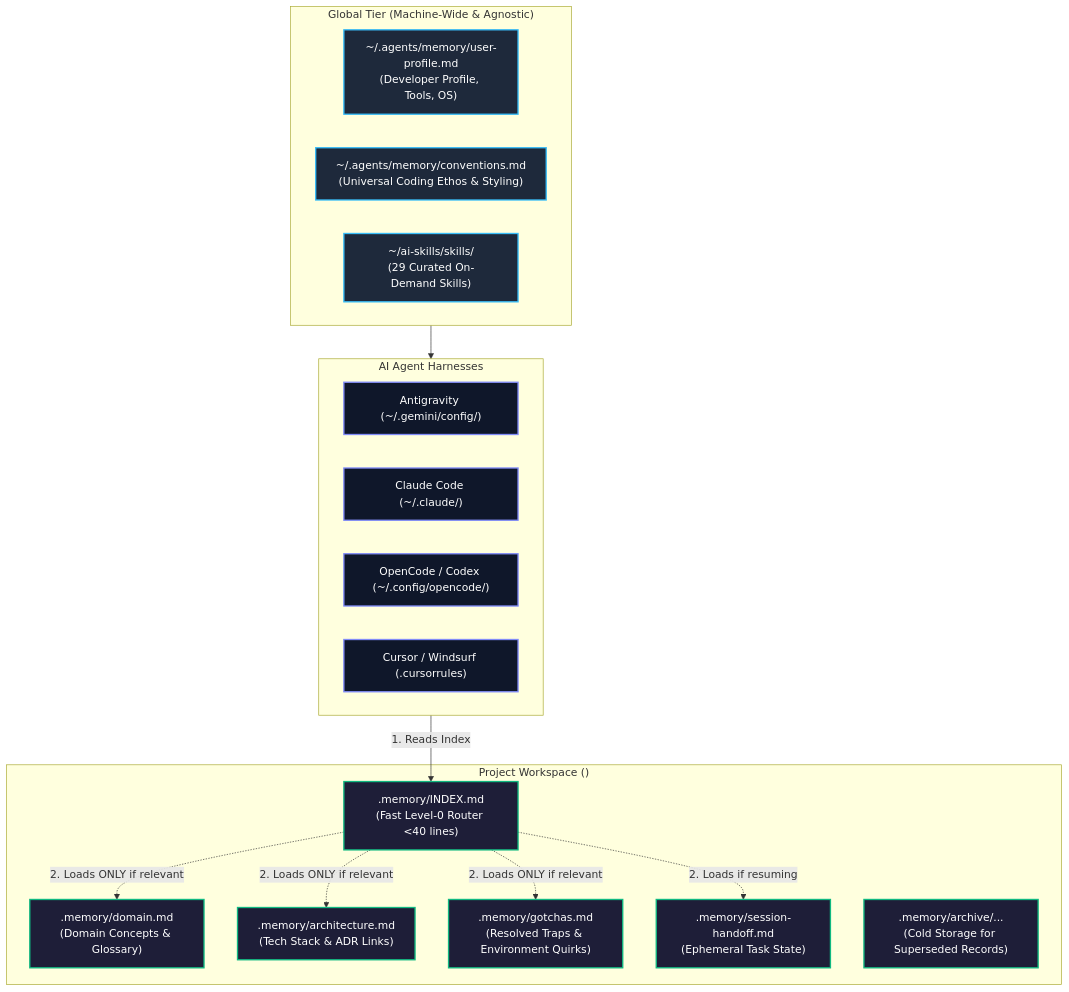
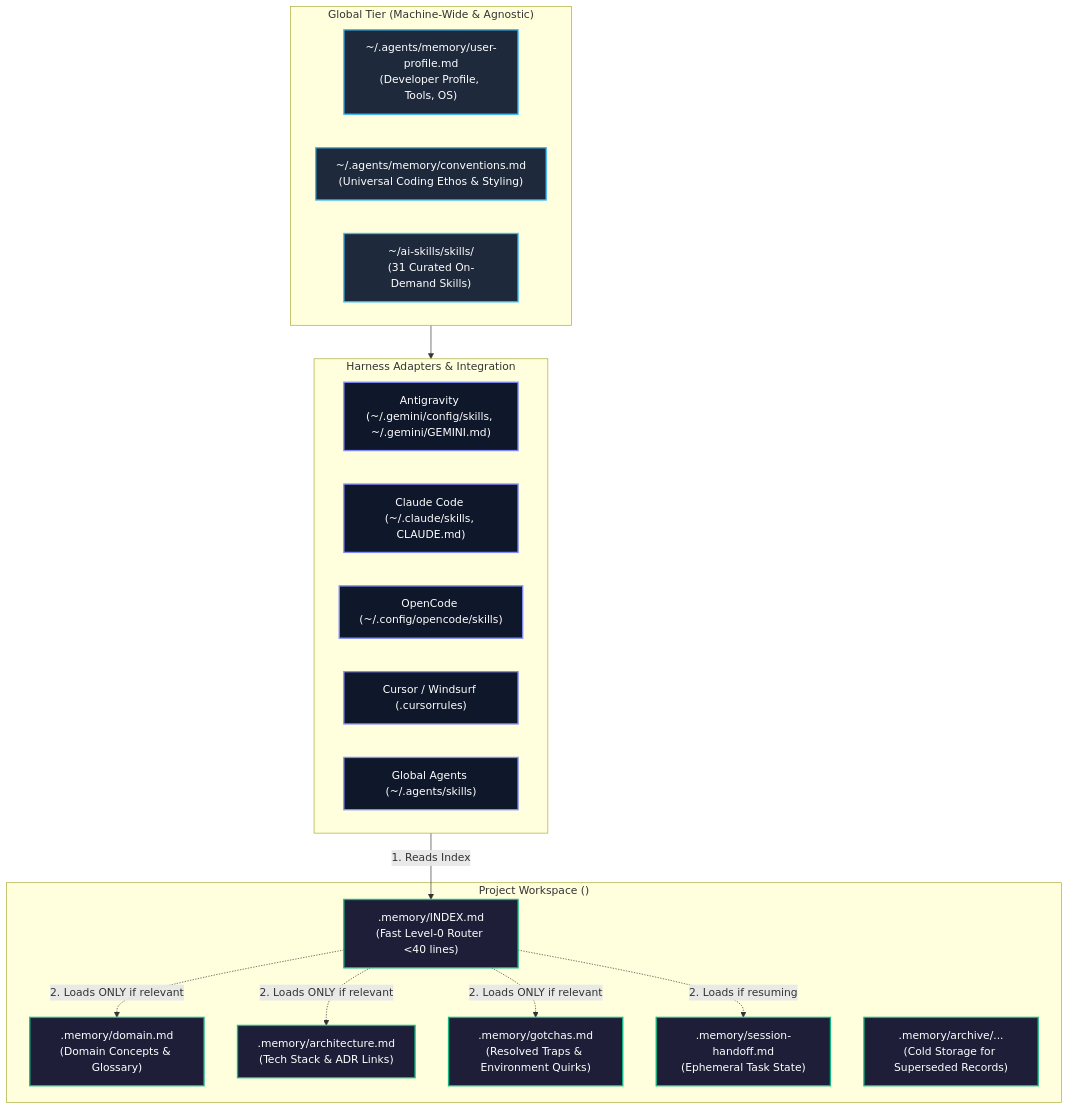
Before and after one commit to hvtrk/ai-skills: the diagram in README.md, drawn with Mermaid. The commit also changed other lines of this file and 24 other files, not shown here.

First line of the commit message:
feat(memory): implement deterministic Memory Core CLI, multi-harness adapters, and cross-platform test suite

````diff
--- a/README.md
+++ b/README.md
@@ -28,38 +28,39 @@
 ```mermaid
 flowchart TD
     subgraph GlobalTier["Global Tier (Machine-Wide & Agnostic)"]
         GP["~/.agents/memory/user-profile.md<br/>(Developer Profile, Tools, OS)"]
         GC["~/.agents/memory/conventions.md<br/>(Universal Coding Ethos & Styling)"]
-        GS["~/ai-skills/skills/<br/>(29 Curated On-Demand Skills)"]
+        GS["~/ai-skills/skills/<br/>(31 Curated On-Demand Skills)"]
     end
 
-    subgraph Harnesses["AI Agent Harnesses"]
-        AG["Antigravity (~/.gemini/config/)"]
-        CC["Claude Code (~/.claude/)"]
-        OC["OpenCode / Codex (~/.config/opencode/)"]
+    subgraph Harnesses["Harness Adapters & Integration"]
+        AG["Antigravity (~/.gemini/config/skills, ~/.gemini/GEMINI.md)"]
+        CC["Claude Code (~/.claude/skills, CLAUDE.md)"]
+        OC["OpenCode (~/.config/opencode/skills)"]
         CR["Cursor / Windsurf (.cursorrules)"]
+        GA["Global Agents (~/.agents/skills)"]
     end
 
     subgraph ProjectWorkspace["Project Workspace (<project-root>)"]
         IDX[".memory/INDEX.md<br/>(Fast Level-0 Router <40 lines)"]
         DOM[".memory/domain.md<br/>(Domain Concepts & Glossary)"]
         ARC[".memory/architecture.md<br/>(Tech Stack & ADR Links)"]
         GOT[".memory/gotchas.md<br/>(Resolved Traps & Environment Quirks)"]
         SES[".memory/session-handoff.md<br/>(Ephemeral Task State)"]
         ACH[".memory/archive/...<br/>(Cold Storage for Superseded Records)"]
     end
 
     GlobalTier --> Harnesses
     Harnesses -->|1. Reads Index| IDX
     IDX -.->|2. Loads ONLY if relevant| DOM
     IDX -.->|2. Loads ONLY if relevant| ARC
     IDX -.->|2. Loads ONLY if relevant| GOT
     IDX -.->|2. Loads if resuming| SES
 
     classDef global fill:#1e293b,stroke:#38bdf8,stroke-width:2px,color:#fff;
     classDef harness fill:#0f172a,stroke:#818cf8,stroke-width:2px,color:#fff;
     classDef project fill:#1e1e38,stroke:#10b981,stroke-width:2px,color:#fff;
     class GP,GC,GS global;
-    class AG,CC,OC,CR harness;
+    class AG,CC,OC,CR,GA harness;
     class IDX,DOM,ARC,GOT,SES,ACH project;
 ```
````
